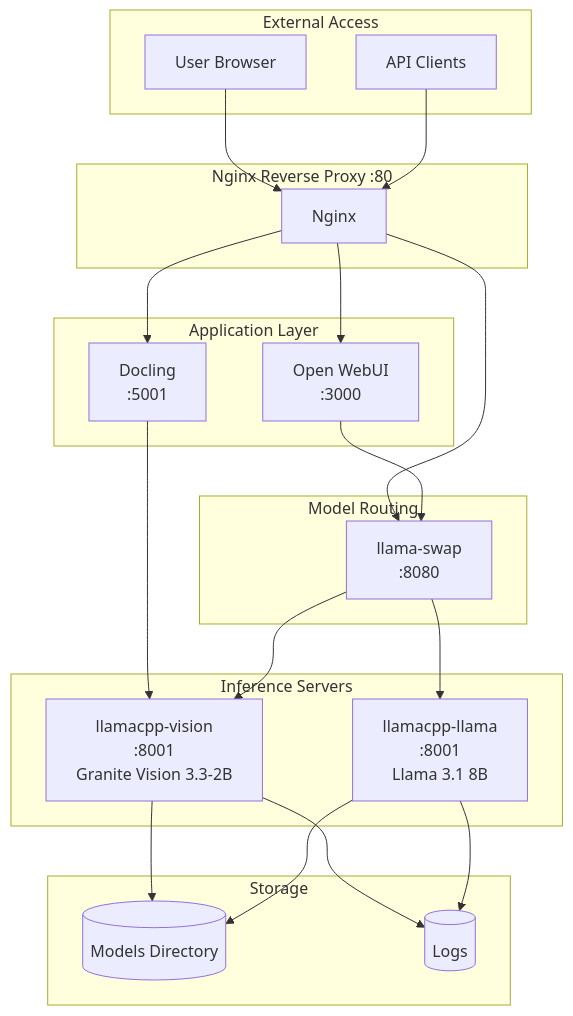
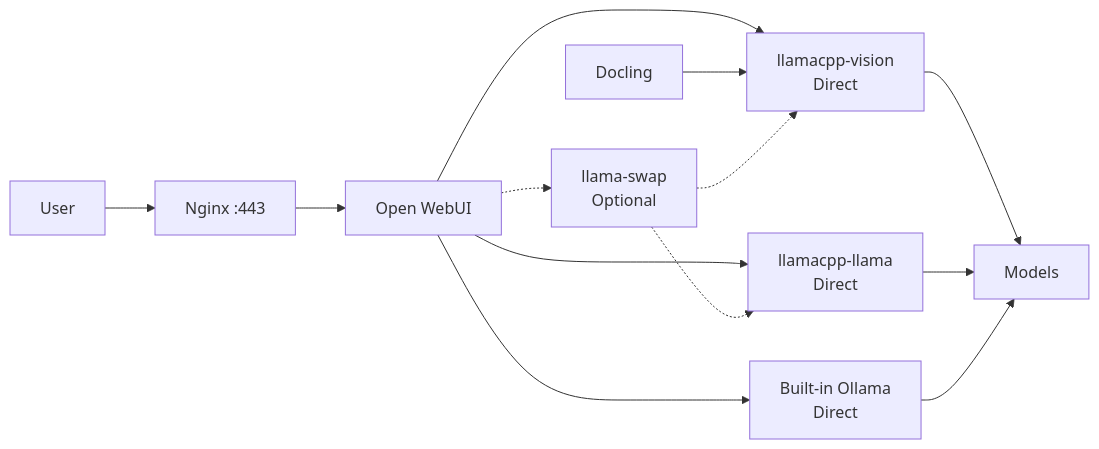
Before and after one commit to AlaiPartners/dgx-spark-ai-stack: the first of 2 diagrams in README.md, drawn with Mermaid. The commit also changed other lines of this file, not shown here.

````diff
--- a/README.md
+++ b/README.md
@@ -20,44 +20,15 @@
 ```mermaid
-graph TB
-    subgraph "External Access"
-        User[User Browser]
-        API[API Clients]
-    end
-    
-    subgraph "Nginx Reverse Proxy :80"
-        Nginx[Nginx]
-    end
-    
-    subgraph "Application Layer"
-        WebUI[Open WebUI<br/>:3000]
-        Docling[Docling<br/>:5001]
-    end
-    
-    subgraph "Model Routing"
-        Swap[llama-swap<br/>:8080]
-    end
-    
-    subgraph "Inference Servers"
-        Vision[llamacpp-vision<br/>:8001<br/>Granite Vision 3.3-2B]
-        Llama[llamacpp-llama<br/>:8001<br/>Llama 3.1 8B]
-    end
-    
-    subgraph "Storage"
-        Models[(Models Directory)]
-        Logs[(Logs)]
-    end
-    
-    User --> Nginx
-    API --> Nginx
-    Nginx --> WebUI
-    Nginx --> Docling
-    Nginx --> Swap
-    WebUI --> Swap
-    Docling --> Vision
-    Swap --> Vision
-    Swap --> Llama
-    Vision --> Models
+graph LR
+    User[User] --> Nginx[Nginx :443]
+    Nginx --> WebUI[Open WebUI]
+    WebUI --> Vision[llamacpp-vision<br/>Direct]
+    WebUI --> Llama[llamacpp-llama<br/>Direct]
+    WebUI --> Ollama[Built-in Ollama<br/>Direct]
+    WebUI -.-> Swap[llama-swap<br/>Optional]
+    Docling[Docling] --> Vision
+    Swap -.-> Vision
+    Swap -.-> Llama
+    Vision --> Models[Models]
     Llama --> Models
-    Vision --> Logs
-    Llama --> Logs
+    Ollama --> Models
 ```
````
